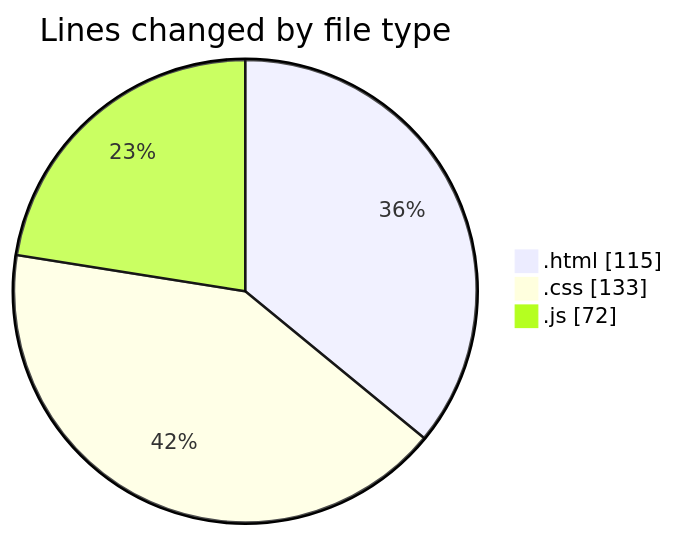
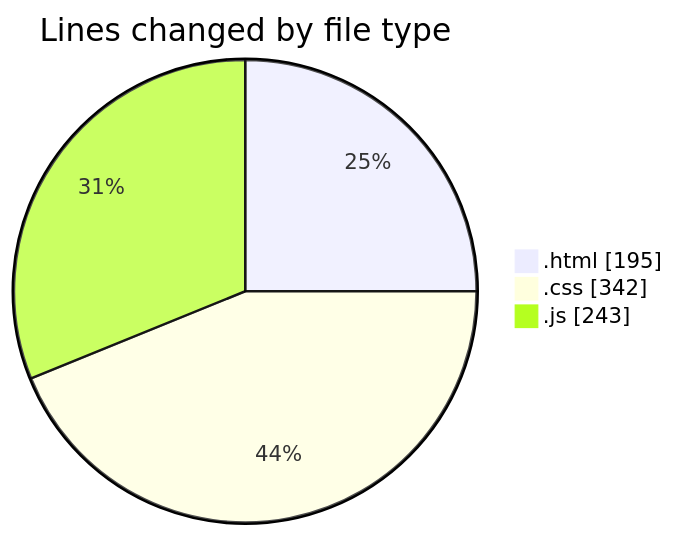
The first of 2 diagrams in 2025-09-01/project_3/README.md (IJAZ3593/code-tracking), drawn with Mermaid before and after one commit. The commit also changed other lines of this file and 1 other file, not shown here.

````diff
--- a/2025-09-01/project_3/README.md
+++ b/2025-09-01/project_3/README.md
@@ -24,7 +26,7 @@
 ```mermaid
 pie showData
 title Lines changed by file type
-".html" : 115
-".css" : 133
-".js" : 72
+".html" : 195
+".css" : 342
+".js" : 243
 ```
````
